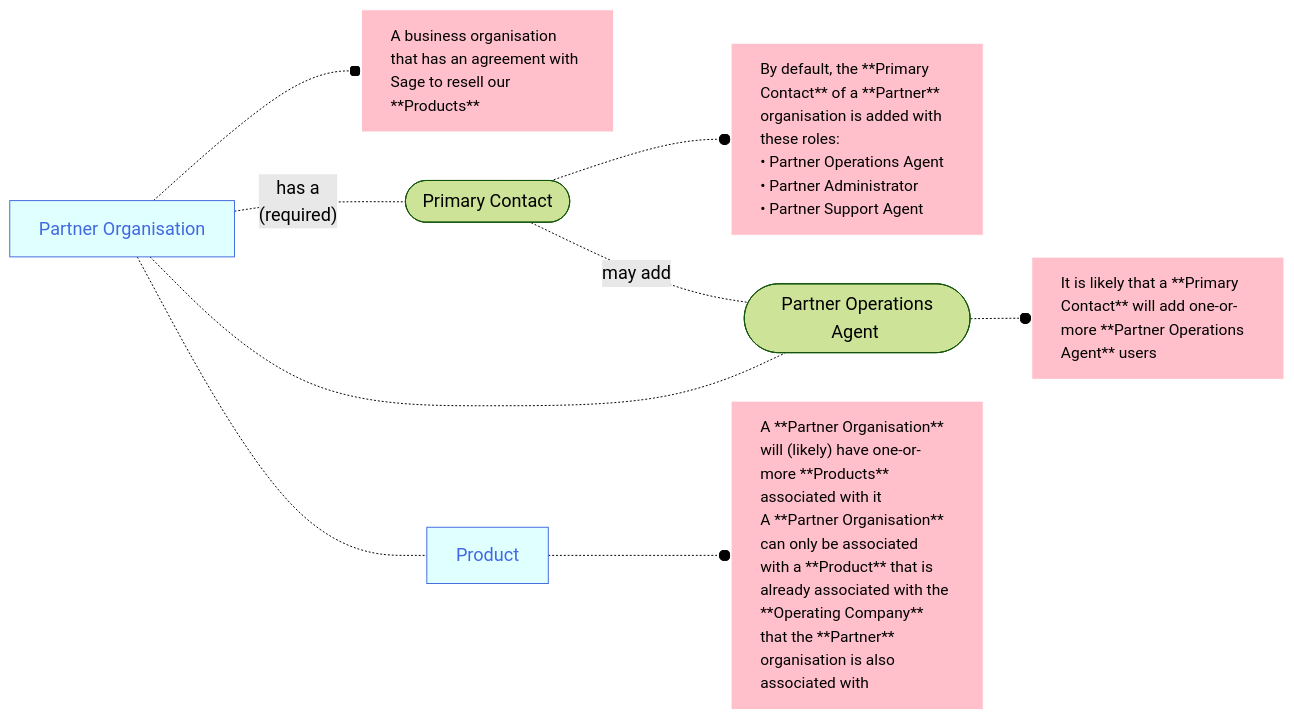
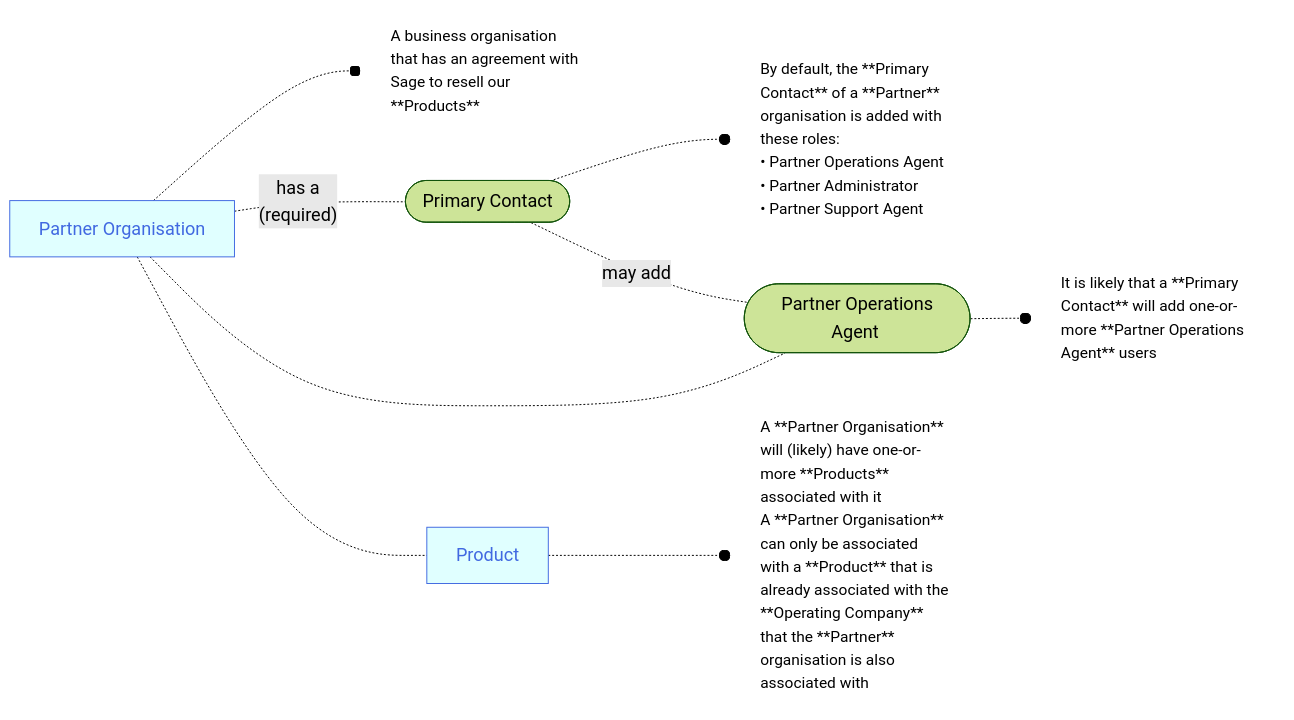
One commit to joe-dorward/samples changed the diagram in 2025_Sage/11_What is a Partner organisation.mdx. Above: the diagram before and after it, drawn with Mermaid.

Commit message:
Update 11_What is a Partner organisation.mdx

````diff
--- a/2025_Sage/11_What is a Partner organisation.mdx
+++ b/2025_Sage/11_What is a Partner organisation.mdx
@@ -3,40 +3,38 @@
 ```mermaid
 %%{
   init: {
     'theme': 'forest',
     'themeVariables': {
       'fontSize':'14pt'
     }
   }
 }%%
 flowchart LR
   classDef Sage fill:seagreen, color:honeydew;
   classDef Noun fill:lightcyan, stroke:royalblue, color:royalblue;
-  classDef Note fill:pink, stroke:white, text-align:left, font-size: 95%;
+  classDef Note fill:transparent, stroke:white, text-align:left, font-size: 95%;
 
   PARTNER_ORGANISATION_01[&nbsp;Partner Organisation&nbsp;]-.-o
   PARTNER_ORGANISATION_01_NOTE[A business organisation that has an agreement with Sage to resell our **Products**]
 
   PARTNER_ORGANISATION_01[Partner Organisation]-.has a<br/>(required).-
   PRIMARY_CONTACT_01([&nbsp;Primary Contact&nbsp;])-.-o
   PRIMARY_CONTACT_01_NOTE[By default, the **Primary Contact** of a **Partner** organisation is added with these roles:<br/>&bull; Partner Operations Agent<br/>&bull; Partner Administrator<br/>&bull; Partner Support Agent]
 
   PRIMARY_CONTACT_01-.may add.-
   PARTNER_OPERATIONS_AGENT_01([&nbsp;Partner Operations Agent&nbsp;])-.-o
   PARTNER_OPERATIONS_AGENT_01_NOTE[It is likely that a **Primary Contact** will add one-or-more **Partner Operations Agent** users]
 
   PARTNER_ORGANISATION_01-.-
   PARTNER_OPERATIONS_AGENT_01
 
   PARTNER_ORGANISATION_01-.-
   PRODUCT_01["Product"]-.-o
   PRODUCT_01_NOTE["A **Partner Organisation** will (likely) have one-or-more **Products** associated with it<br/>A **Partner Organisation** can only be associated with a **Product** that is already associated with the **Operating Company** that the **Partner** organisation is also associated with"]
 
   %% ---------- ---------- ---------- ---------- ---------- ---------- ---------- ---------- ---------- ----------
   class PARTNER_ORGANISATION_01,PRODUCT_01 Noun
 
   class PARTNER_ORGANISATION_01_NOTE,PRIMARY_CONTACT_01_NOTE Note
-
   class PARTNER_OPERATIONS_AGENT_01_NOTE,PRODUCT_01_NOTE Note
-  
 ```
````
